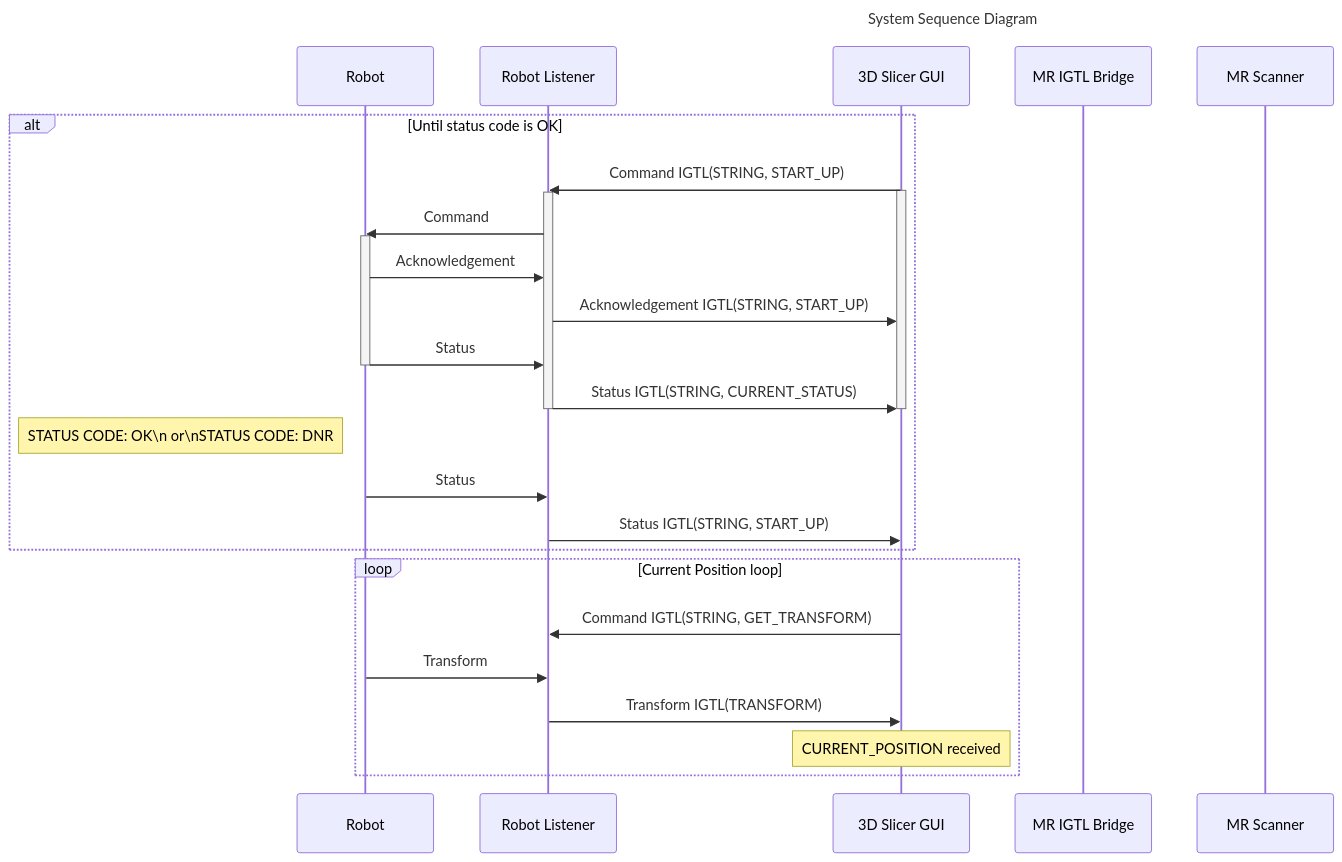
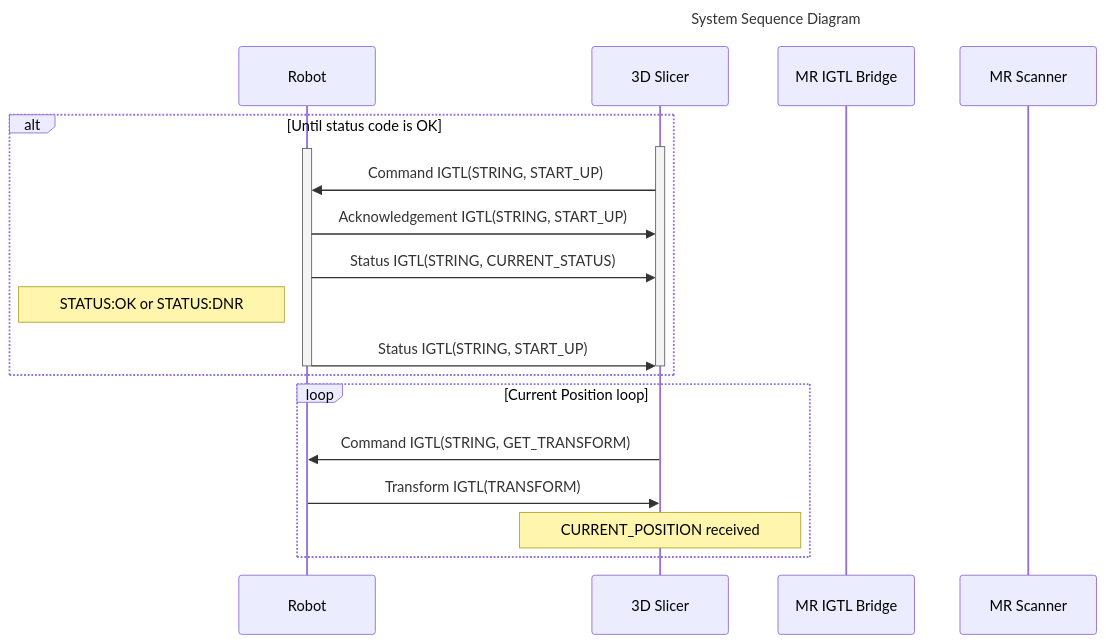
Before and after one commit to ProstateBRP/BRPRobot2021: the first of 6 diagrams in README.md, drawn with Mermaid. The commit also changed other lines of this file, not shown here.

First line of the commit message:
Updated Sequence Diagram

````diff
--- a/README.md
+++ b/README.md
@@ -7,38 +7,29 @@
 ```mermaid
 sequenceDiagram
 
 title System Sequence Diagram
 
 participant R as Robot
-participant RL as Robot Listener
-participant SGUI as 3D Slicer GUI
+participant SGUI as 3D Slicer
 participant MRIGTL  as MR IGTL Bridge
 participant MRS as MR Scanner
 
 alt Until status code is OK
-SGUI->>RL:Command IGTL(STRING, START_UP)
 activate SGUI
-activate RL
-RL->>R:Command
 activate R
-R->>RL:Acknowledgement
-RL->>SGUI:Acknowledgement IGTL(STRING, START_UP)
-R->>RL:Status
+SGUI->>R:Command IGTL(STRING, START_UP)
+R->>SGUI:Acknowledgement IGTL(STRING, START_UP)
+R->>SGUI:Status IGTL(STRING, CURRENT_STATUS)
+
+note left of R:⠀⠀⠀STATUS:OK or STATUS:DNR⠀⠀⠀
+R->>SGUI:Status IGTL(STRING, START_UP)
 deactivate R
-RL->>SGUI:Status IGTL(STRING, CURRENT_STATUS)
-
-
-deactivate RL
 deactivate SGUI
-note left of R:STATUS CODE: OK\n               or\nSTATUS CODE: DNR
-R->>RL:Status
-RL->>SGUI:Status IGTL(STRING, START_UP)
 end
 
 loop Current Position loop
-SGUI->>RL:Command IGTL(STRING, GET_TRANSFORM)
-R->>RL:Transform
-RL->>SGUI:Transform IGTL(TRANSFORM)
-note over SGUI:CURRENT_POSITION received
+SGUI->>R:Command IGTL(STRING, GET_TRANSFORM)
+R->>SGUI:Transform IGTL(TRANSFORM)
+note over SGUI:⠀⠀⠀CURRENT_POSITION received⠀⠀⠀
 end
 ```
````
